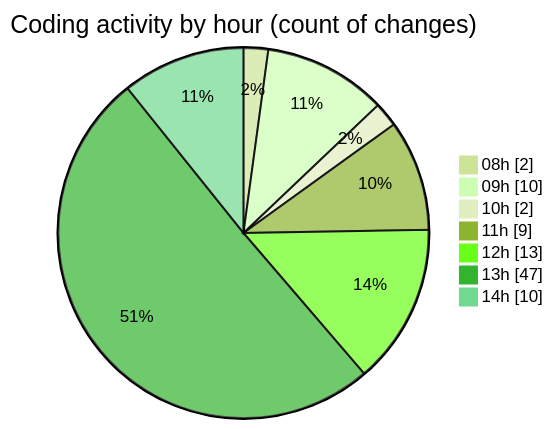
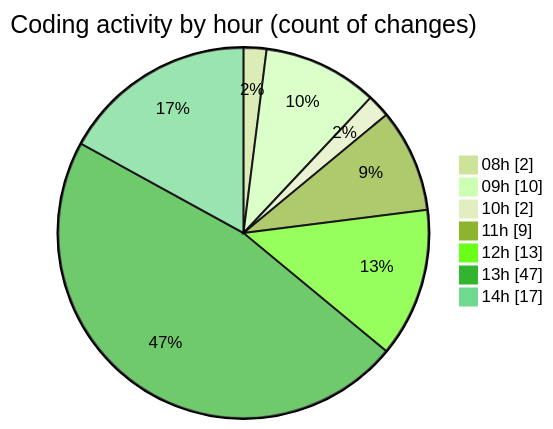
The second of 2 diagrams in 2025-05-30/cda/README.md (momahboobian/code-tracking), drawn with Mermaid (forest theme) before and after one commit. The commit also changed other lines of this file and 1 other file, not shown here.

````diff
--- a/2025-05-30/cda/README.md
+++ b/2025-05-30/cda/README.md
@@ -42,11 +45,11 @@
 ```mermaid
 pie showData
 title Coding activity by hour (count of changes)
 "08h" : 2
 "09h" : 10
 "10h" : 2
 "11h" : 9
 "12h" : 13
 "13h" : 47
-"14h" : 10
+"14h" : 17
 ```
````
